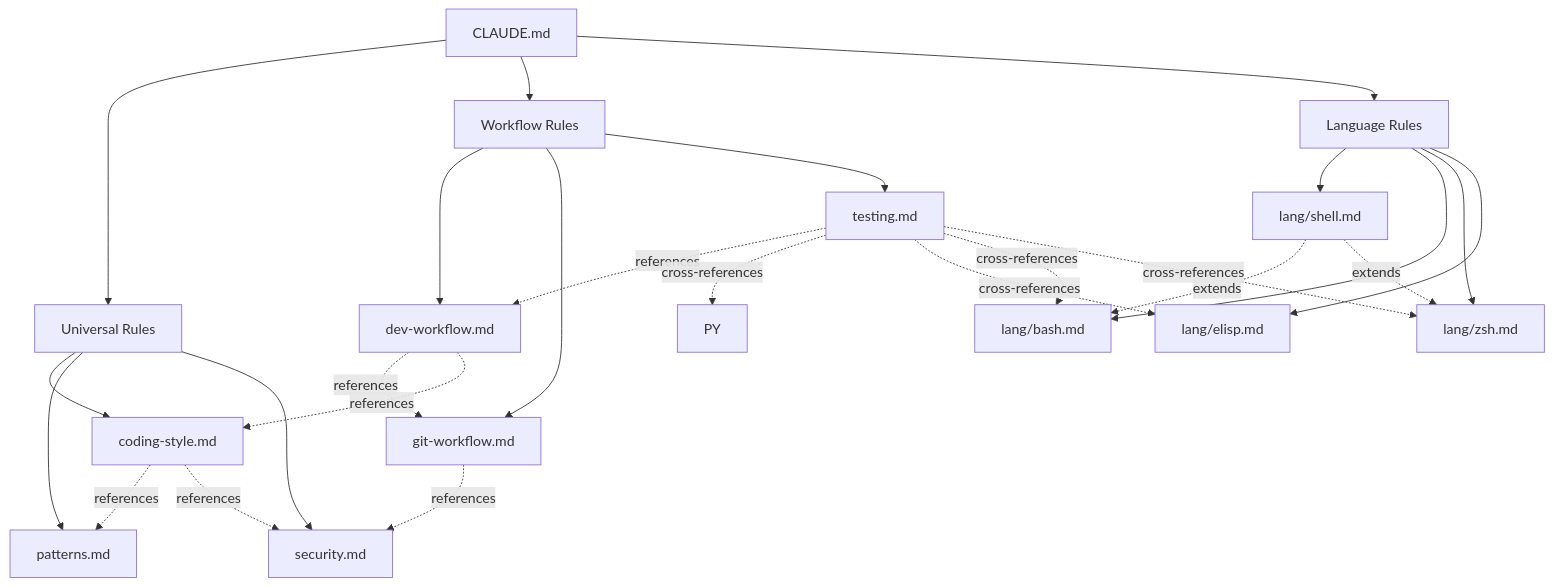
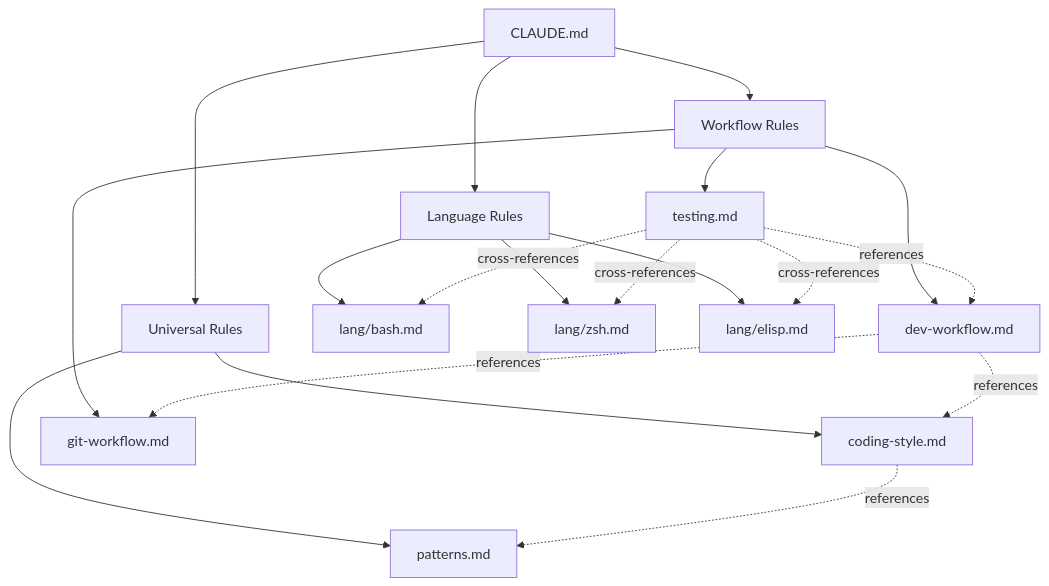
The diagram in .claude/rules/README.md (zhengyuli/oh-my-workspace), drawn with Mermaid before and after one commit. The commit also changed other lines of this file and 9 other files, not shown here.

First line of the commit message:
refactor(rules): standardize lang rules and dissolve security.md

````diff
--- a/.claude/rules/README.md
+++ b/.claude/rules/README.md
@@ -91,37 +89,28 @@
 ```mermaid
 graph TD
     CLAUDE[CLAUDE.md] --> Universal[Universal Rules]
     CLAUDE --> Workflow[Workflow Rules]
     CLAUDE --> Language[Language Rules]
 
     Universal --> CS[coding-style.md]
     Universal --> PT[patterns.md]
-    Universal --> SC[security.md]
 
     Workflow --> DW[dev-workflow.md]
     Workflow --> GW[git-workflow.md]
     Workflow --> TS[testing.md]
 
-    Language --> SH[lang/shell.md]
     Language --> BA[lang/bash.md]
     Language --> ZH[lang/zsh.md]
     Language --> EL[lang/elisp.md]
 
     %% Dependencies
-    SH -.->|extends| BA
-    SH -.->|extends| ZH
-
     CS -.->|references| PT
-    CS -.->|references| SC
 
     DW -.->|references| GW
     DW -.->|references| CS
 
     TS -.->|references| DW
-    TS -.->|cross-references| PY
     TS -.->|cross-references| EL
     TS -.->|cross-references| BA
     TS -.->|cross-references| ZH
-
-    GW -.->|references| SC
 ```
````
